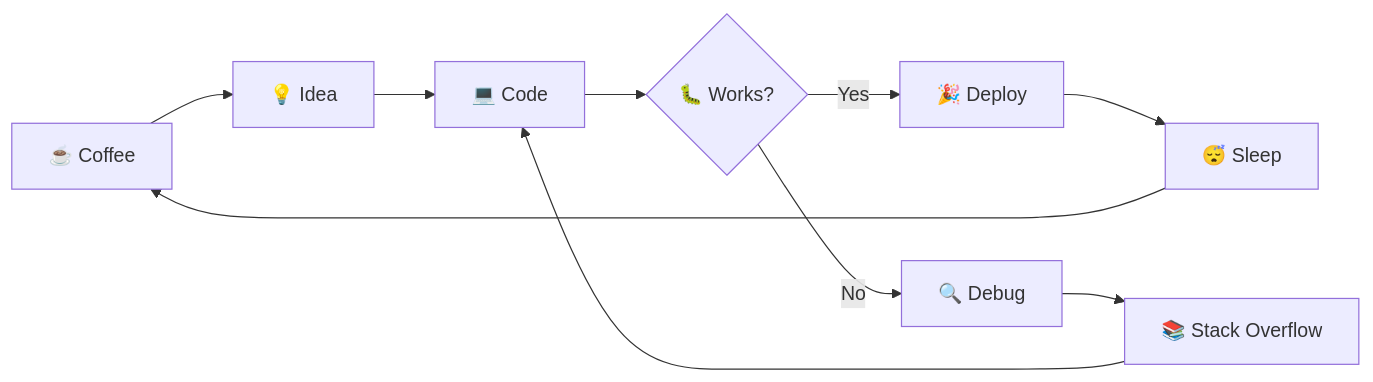
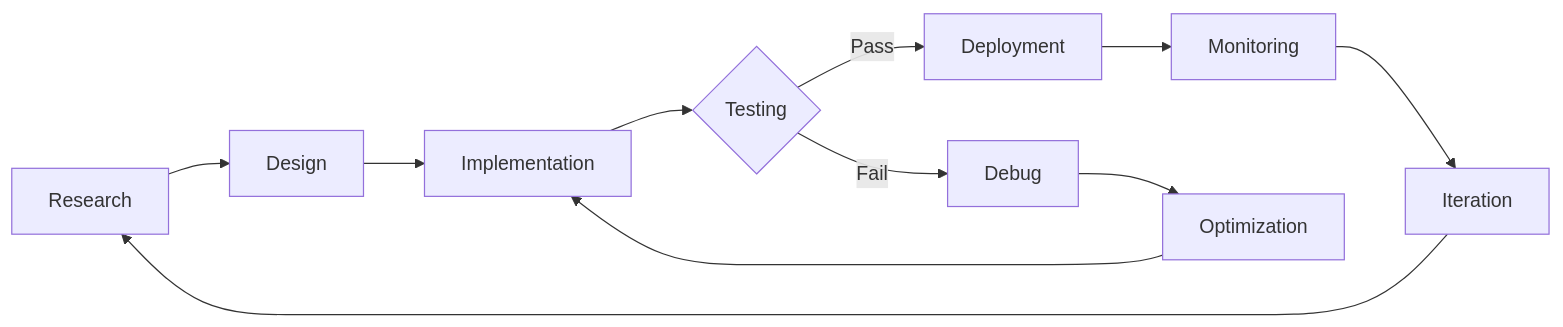
Before and after one commit to Sachin-M-29/Sachin-M-29: the diagram in README.md, drawn with Mermaid. The commit also changed other lines of this file, not shown here.

````diff
--- a/README.md
+++ b/README.md
@@ -185,12 +243,13 @@
 ```mermaid
 graph LR
-    A[☕ Coffee] --> B[💡 Idea]
-    B --> C[💻 Code]
-    C --> D{🐛 Works?}
-    D -->|Yes| E[🎉 Deploy]
-    D -->|No| F[🔍 Debug]
-    F --> G[📚 Stack Overflow]
+    A[Research] --> B[Design]
+    B --> C[Implementation]
+    C --> D{Testing}
+    D -->|Pass| E[Deployment]
+    D -->|Fail| F[Debug]
+    F --> G[Optimization]
     G --> C
-    E --> H[😴 Sleep]
-    H --> A
+    E --> H[Monitoring]
+    H --> I[Iteration]
+    I --> A
 ```
````
